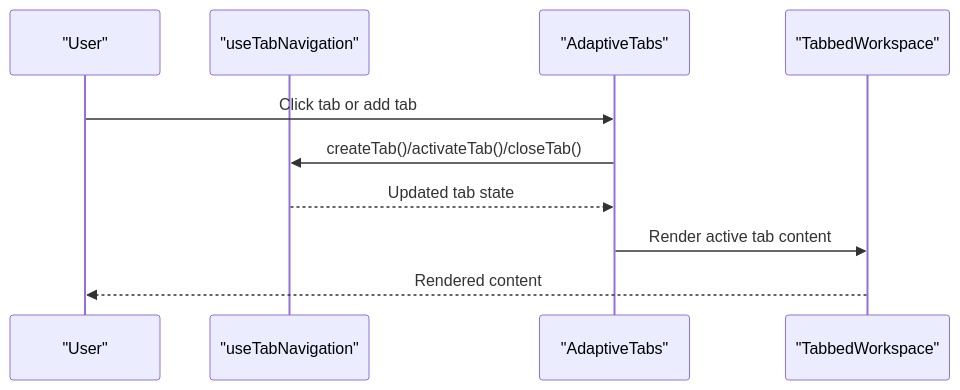
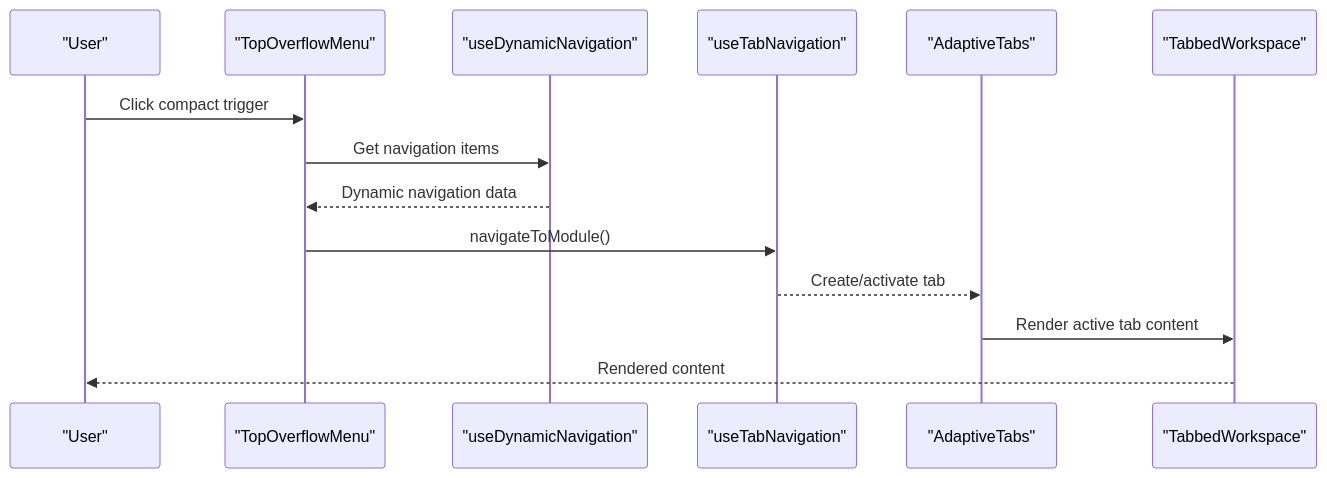
The second of 5 diagrams in .qoder/repowiki/en/content/UI Components/Navigation Components.md (geniusdynamics/schoolpilot), drawn with Mermaid before and after one commit. The commit also changed other lines of this file and 311 other files, not shown here.

````diff
--- a/.qoder/repowiki/en/content/UI Components/Navigation Components.md
+++ b/.qoder/repowiki/en/content/UI Components/Navigation Components.md
@@ -105,12 +134,16 @@
 ```mermaid
 sequenceDiagram
 participant U as "User"
+participant TOM as "TopOverflowMenu"
+participant UDN as "useDynamicNavigation"
 participant NT as "useTabNavigation"
 participant AT as "AdaptiveTabs"
 participant TW as "TabbedWorkspace"
-U->>AT : Click tab or add tab
-AT->>NT : createTab()/activateTab()/closeTab()
-NT-->>AT : Updated tab state
+U->>TOM : Click compact trigger
+TOM->>UDN : Get navigation items
+UDN-->>TOM : Dynamic navigation data
+TOM->>NT : navigateToModule()
+NT-->>AT : Create/activate tab
 AT->>TW : Render active tab content
 TW-->>U : Rendered content
 ```
````
